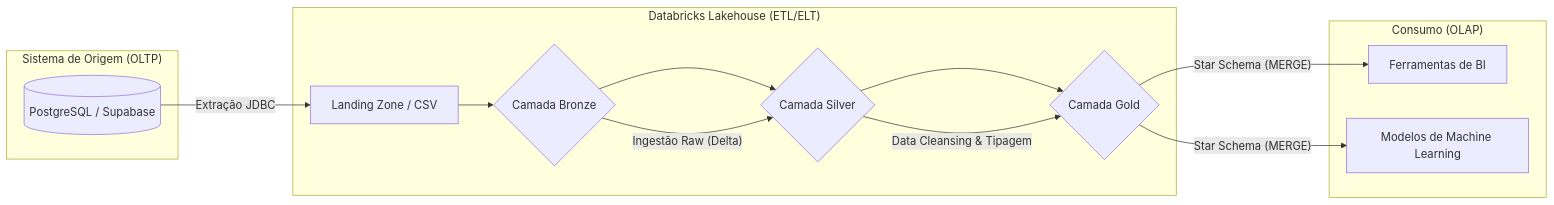
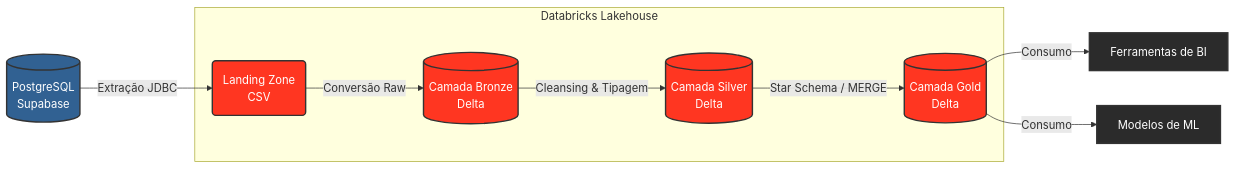
One commit to brunotesckemartins/lakehouse-medalhao changed the diagram in README.md. Above: the diagram before and after it, drawn with Mermaid. The commit also changed other lines of this file, not shown here.

````diff
--- a/README.md
+++ b/README.md
@@ -30,23 +31,21 @@
 ```mermaid
 graph LR
-    subgraph "Sistema de Origem (OLTP)"
-        A[(PostgreSQL / Supabase)]
+    A[(PostgreSQL<br>Supabase)] -->|Extração JDBC| B(Landing Zone<br>CSV)
+    
+    subgraph Databricks Lakehouse
+        B -->|Conversão Raw| C[(Camada Bronze<br>Delta)]
+        C -->|Cleansing & Tipagem| D[(Camada Silver<br>Delta)]
+        D -->|Star Schema / MERGE| E[(Camada Gold<br>Delta)]
     end
 
-    subgraph "Databricks Lakehouse (ETL/ELT)"
-        B[Landing Zone / CSV] --> C{Camada Bronze}
-        C --> D{Camada Silver}
-        D --> E{Camada Gold}
-    end
+    E -->|Consumo| F[Ferramentas de BI]
+    E -->|Consumo| G[Modelos de ML]
 
-    subgraph "Consumo (OLAP)"
-        F[Ferramentas de BI]
-        G[Modelos de Machine Learning]
-    end
+    classDef source fill:#316192,stroke:#333,stroke-width:2px,color:#fff;
+    classDef lakehouse fill:#FF3621,stroke:#333,stroke-width:2px,color:#fff;
+    classDef consume fill:#2b2b2b,stroke:#333,stroke-width:2px,color:#fff;
 
-    A -- "Extração JDBC" --> B
-    C -- "Ingestão Raw (Delta)" --> D
-    D -- "Data Cleansing & Tipagem" --> E
-    E -- "Star Schema (MERGE)" --> F
-    E -- "Star Schema (MERGE)" --> G
+    class A source;
+    class B,C,D,E lakehouse;
+    class F,G consume;
 ```
````
